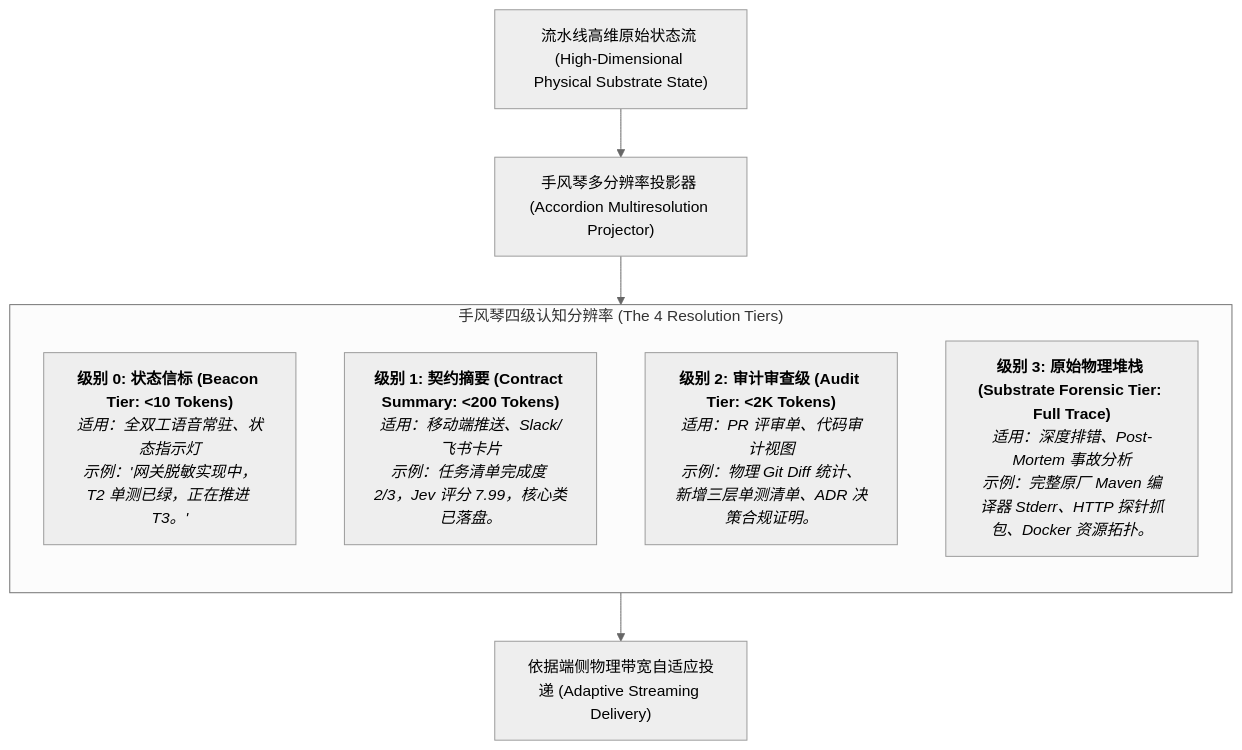
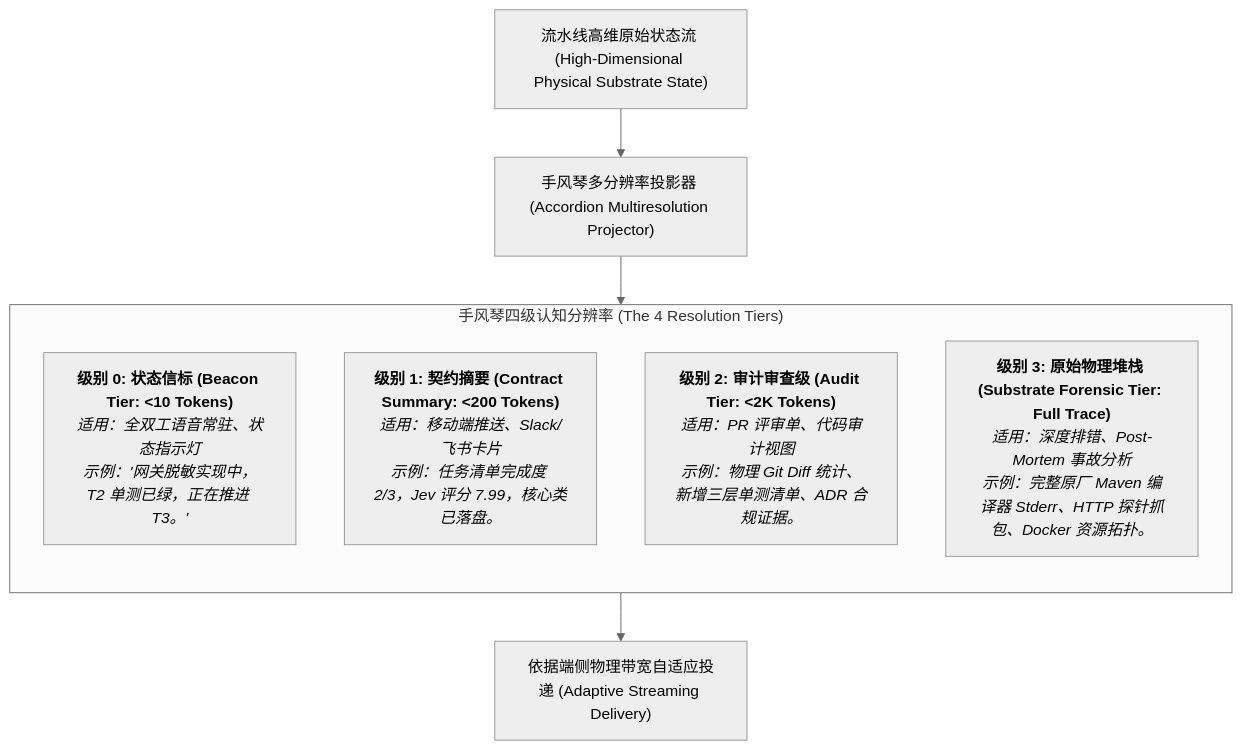
Diagram 36 of 54 in monograph/manuscript-merged.md (dpsnet/industrial-agentic-cybernetics), drawn with Mermaid (neutral theme) before and after one commit. The commit also changed 3 other files, not shown here.

Commit message:
图16重渲染：'ADR 决策合规证明'改'ADR 合规证据'（merged+图+PDF 三处同步，证明措辞全库归零）

````diff
--- a/monograph/manuscript-merged.md
+++ b/monograph/manuscript-merged.md
@@ -2922,15 +2922,15 @@
 ```mermaid
 flowchart TD
     RawPipeline["流水线高维原始状态流 (High-Dimensional Physical Substrate State)"] --> AccordionProjector["手风琴多分辨率投影器 (Accordion Multiresolution Projector)"]
 
     subgraph ResolutionLevels["手风琴四级认知分辨率 (The 4 Resolution Tiers)"]
         direction TB
         L0["<b>级别 0: 状态信标 (Beacon Tier: <10 Tokens)</b><br/><i>适用：全双工语音常驻、状态指示灯<br/>示例：'网关脱敏实现中，T2 单测已绿，正在推进 T3。'</i>"]
         L1["<b>级别 1: 契约摘要 (Contract Summary: <200 Tokens)</b><br/><i>适用：移动端推送、Slack/飞书卡片<br/>示例：任务清单完成度 2/3，Jev 评分 7.99，核心类已落盘。</i>"]
-        L2["<b>级别 2: 审计审查级 (Audit Tier: <2K Tokens)</b><br/><i>适用：PR 评审单、代码审计视图<br/>示例：物理 Git Diff 统计、新增三层单测清单、ADR 决策合规证明。</i>"]
+        L2["<b>级别 2: 审计审查级 (Audit Tier: <2K Tokens)</b><br/><i>适用：PR 评审单、代码审计视图<br/>示例：物理 Git Diff 统计、新增三层单测清单、ADR 合规证据。</i>"]
         L3["<b>级别 3: 原始物理堆栈 (Substrate Forensic Tier: Full Trace)</b><br/><i>适用：深度排错、Post-Mortem 事故分析<br/>示例：完整原厂 Maven 编译器 Stderr、HTTP 探针抓包、Docker 资源拓扑。</i>"]
     end
 
     AccordionProjector --> ResolutionLevels
     ResolutionLevels --> AdaptiveDelivery["依据端侧物理带宽自适应投递 (Adaptive Streaming Delivery)"]
 ```
````
